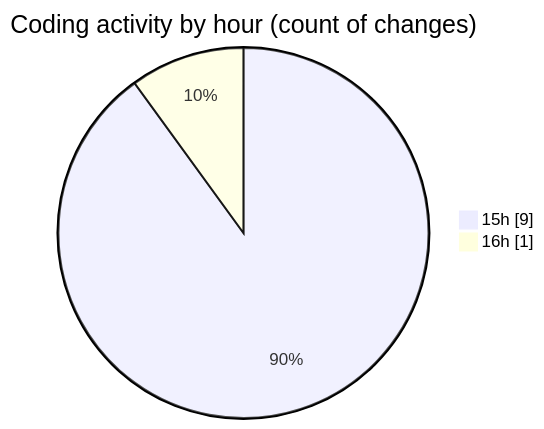
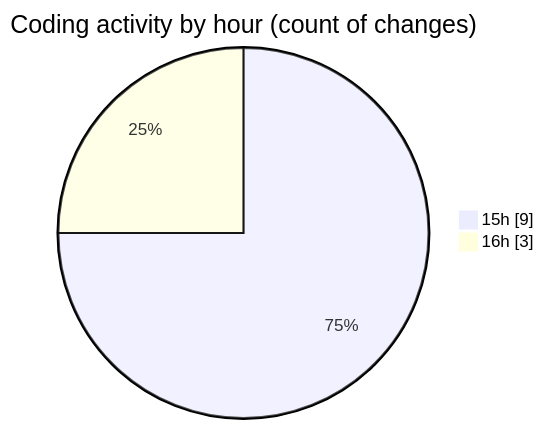
Before and after one commit to debugP/code-tracking: the second of 2 diagrams in 2026-06-30/wp-content/README.md, drawn with Mermaid. The commit also changed other lines of this file and 1 other file, not shown here.

````diff
--- a/2026-06-30/wp-content/README.md
+++ b/2026-06-30/wp-content/README.md
@@ -33,6 +33,6 @@
 ```mermaid
 pie showData
 title Coding activity by hour (count of changes)
 "15h" : 9
-"16h" : 1
+"16h" : 3
 ```
````
